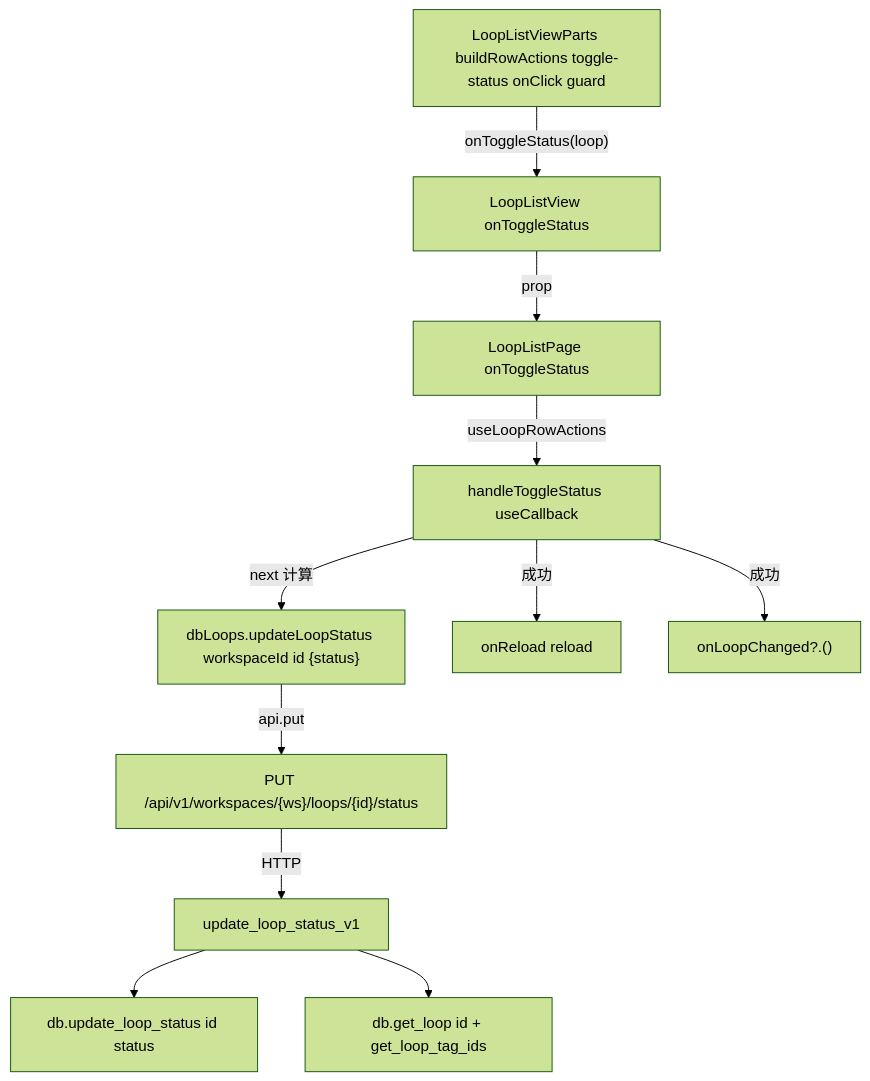
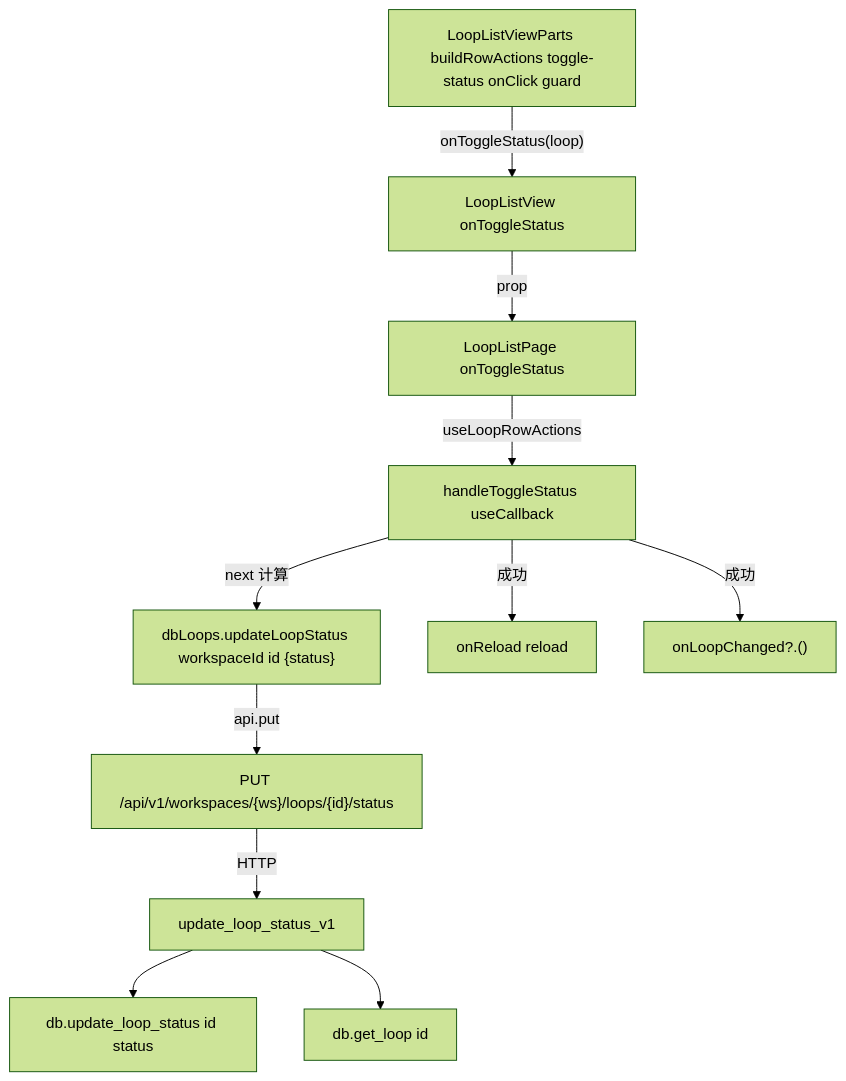
The second of 4 diagrams in frontend/src/help/pages/loop-list-toggle-status.md (weibaohui/ntd), drawn with Mermaid (forest theme) before and after one commit. The commit also changed other lines of this file and 92 other files, not shown here.

````diff
--- a/frontend/src/help/pages/loop-list-toggle-status.md
+++ b/frontend/src/help/pages/loop-list-toggle-status.md
@@ -30,13 +30,13 @@
 ```mermaid
 flowchart TD
   RA["LoopListViewParts buildRowActions toggle-status onClick guard"] -->|"onToggleStatus(loop)"| LV["LoopListView onToggleStatus"]
   LV -->|"prop"| LLP["LoopListPage onToggleStatus"]
   LLP -->|"useLoopRowActions"| TS["handleToggleStatus useCallback"]
   TS -->|"next 计算"| DBL["dbLoops.updateLoopStatus workspaceId id {status}"]
   DBL -->|"api.put"| API["PUT /api/v1/workspaces/{ws}/loops/{id}/status"]
   API -->|"HTTP"| H1["update_loop_status_v1"]
   H1 --> DAO["db.update_loop_status id status"]
-  H1 --> GET["db.get_loop id + get_loop_tag_ids"]
+  H1 --> GET["db.get_loop id"]
   TS -->|"成功"| RL["onReload reload"]
   TS -->|"成功"| OC["onLoopChanged?.()"]
 ```
````
